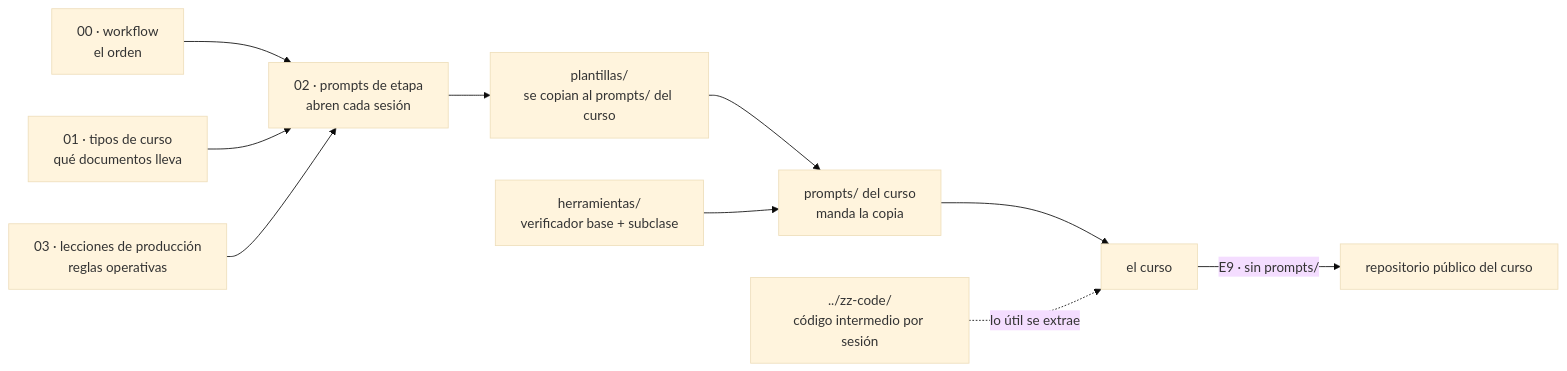
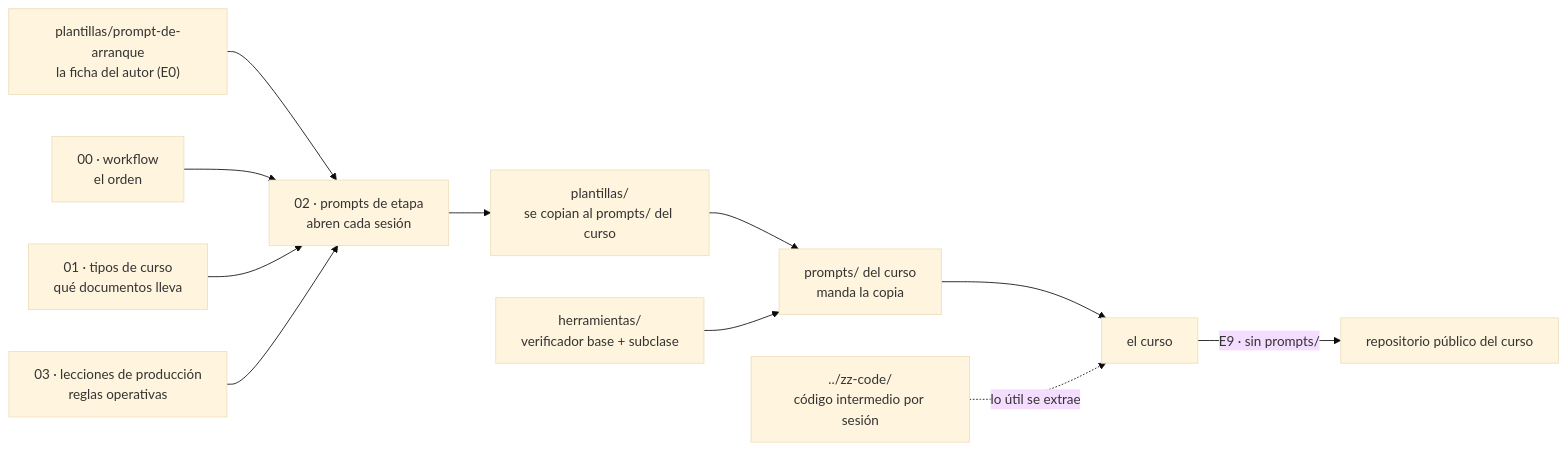
The diagram in zz-instrucciones/README.md (oskar-raul-dev/courses-ai-generated), drawn with Mermaid (base theme) before and after one commit. The commit also changed other lines of this file and 2081 other files, not shown here.

````diff
--- a/zz-instrucciones/README.md
+++ b/zz-instrucciones/README.md
@@ -53,12 +62,13 @@
 ```mermaid
 flowchart LR
+    A["plantillas/prompt-de-arranque<br/>la ficha del autor (E0)"] --> P
     W["00 · workflow<br/>el orden"] --> P["02 · prompts de etapa<br/>abren cada sesión"]
     T["01 · tipos de curso<br/>qué documentos lleva"] --> P
     L["03 · lecciones de producción<br/>reglas operativas"] --> P
     P --> PL["plantillas/<br/>se copian al prompts/ del curso"]
     PL --> C["prompts/ del curso<br/>manda la copia"]
     H["herramientas/<br/>verificador base + subclase"] --> C
     C --> CU["el curso"]
     ZC["../zz-code/<br/>código intermedio por sesión"] -. "lo útil se extrae" .-> CU
     CU -- "E9 · sin prompts/" --> PUB["repositorio público del curso"]
 ```
````
